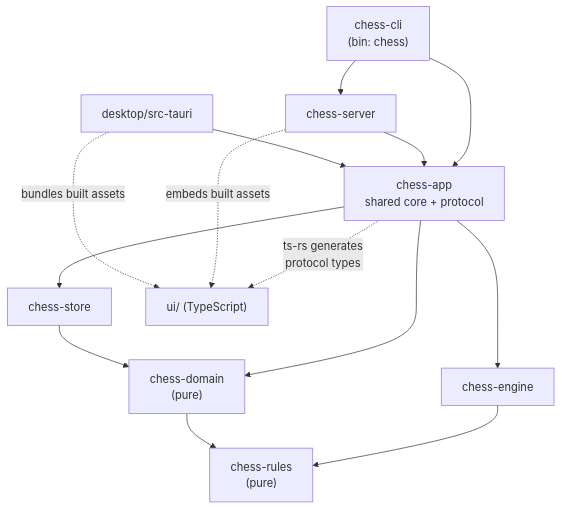
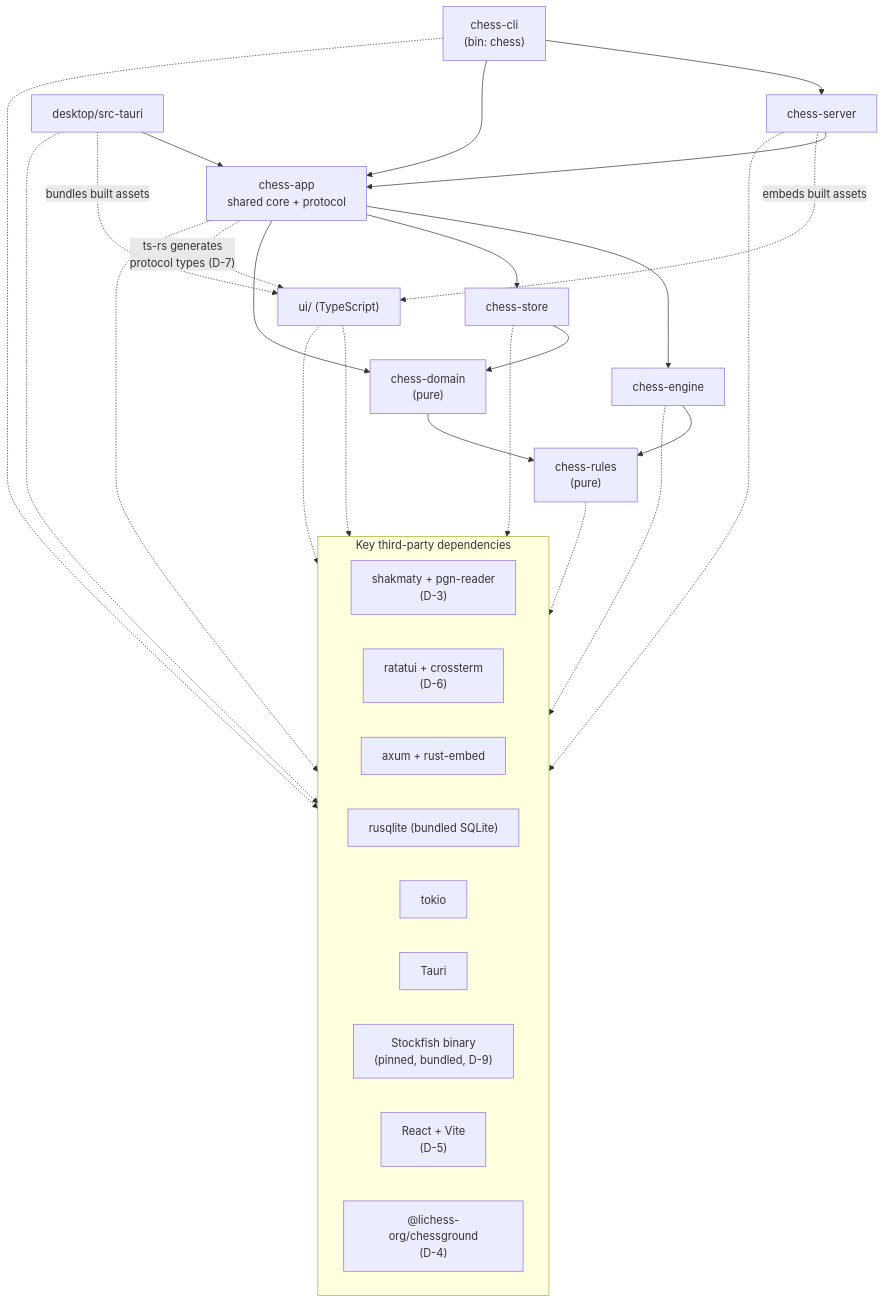
The second of 12 diagrams in docs/architecture.md (bprascher/chess), drawn with Mermaid before and after one commit. The commit also changed other lines of this file and 3 other files, not shown here.

First line of the commit message:
Baseline requirements and architecture v1.0

````diff
--- a/docs/architecture.md
+++ b/docs/architecture.md
@@ -129,27 +180,50 @@
 ```mermaid
 flowchart TD
     cli["chess-cli<br/>(bin: chess)"]
     server["chess-server"]
     tauri["desktop/src-tauri"]
     app["chess-app<br/>shared core + protocol"]
     engine["chess-engine"]
     store["chess-store"]
     domain["chess-domain<br/>(pure)"]
     rules["chess-rules<br/>(pure)"]
     ui["ui/ (TypeScript)"]
 
     cli --> server
     cli --> app
     server --> app
     tauri --> app
     app --> engine
     app --> store
     app --> domain
     engine --> rules
     store --> domain
     domain --> rules
 
-    app -. "ts-rs generates<br/>protocol types" .-> ui
+    app -. "ts-rs generates<br/>protocol types (D-7)" .-> ui
     server -. "embeds built assets" .-> ui
     tauri -. "bundles built assets" .-> ui
+
+    subgraph ext["Key third-party dependencies"]
+        direction LR
+        shak["shakmaty + pgn-reader<br/>(D-3)"]
+        tui["ratatui + crossterm<br/>(D-6)"]
+        axum["axum + rust-embed"]
+        sql["rusqlite (bundled SQLite)"]
+        tokio["tokio"]
+        tauriLib["Tauri"]
+        sfbin["Stockfish binary<br/>(pinned, bundled, D-9)"]
+        react["React + Vite<br/>(D-5)"]
+        cgLib["@lichess-org/chessground<br/>(D-4)"]
+    end
+
+    rules -.-> shak
+    cli -.-> tui
+    server -.-> axum
+    store -.-> sql
+    app -.-> tokio
+    tauri -.-> tauriLib
+    engine -.-> sfbin
+    ui -.-> react
+    ui -.-> cgLib
 ```
````
